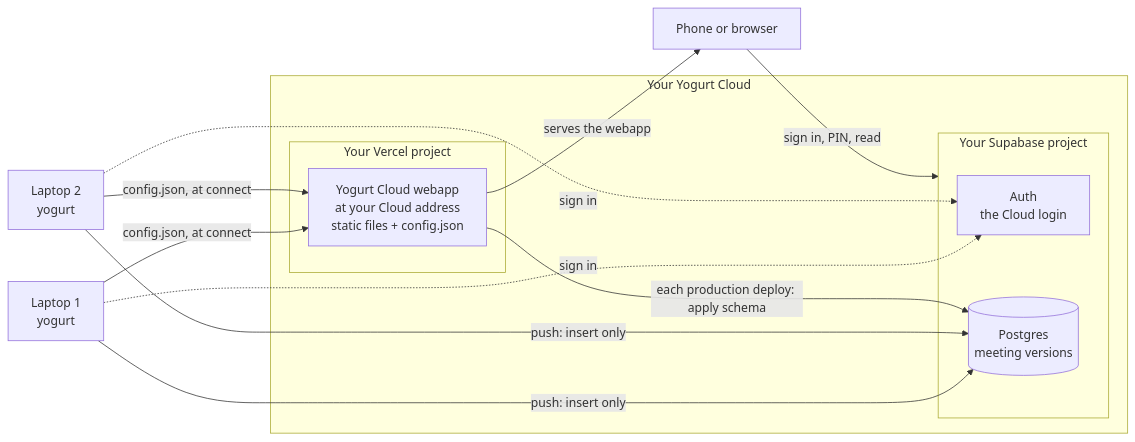
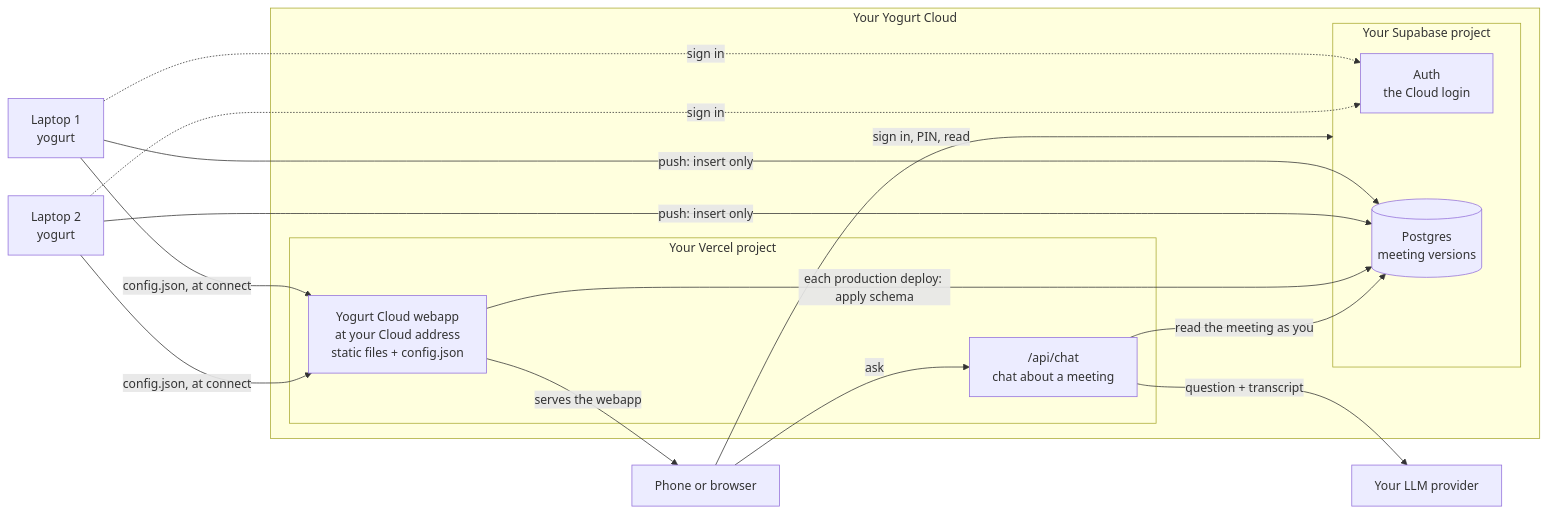
Before and after one commit to jarvisrchen/yogurt: the first of 3 diagrams in docs/CLOUD-SYNC.md, drawn with Mermaid. The commit also changed other lines of this file and 29 other files, not shown here.

First line of the commit message:
SYNC-18: Chat about one meeting in the webapp (#183)

````diff
--- a/docs/CLOUD-SYNC.md
+++ b/docs/CLOUD-SYNC.md
@@ -23,22 +24,27 @@
 ```mermaid
 flowchart LR
   L1["Laptop 1<br/>yogurt"]
   L2["Laptop 2<br/>yogurt"]
   subgraph YC["Your Yogurt Cloud"]
     subgraph VC["Your Vercel project"]
       WEB["Yogurt Cloud webapp<br/>at your Cloud address<br/>static files + config.json"]
+      CHAT["/api/chat<br/>chat about a meeting"]
     end
     subgraph SB["Your Supabase project"]
       AUTH["Auth<br/>the Cloud login"]
       DB[("Postgres<br/>meeting versions")]
     end
   end
   PH["Phone or browser"]
+  LLM["Your LLM provider"]
 
   L1 & L2 -- "push: insert only" --> DB
   L1 & L2 -. "sign in" .-> AUTH
   L1 & L2 -- "config.json, at connect" --> WEB
   WEB -- "each production deploy: apply schema" --> DB
   WEB -- "serves the webapp" --> PH
   PH -- "sign in, PIN, read" --> SB
+  PH -- "ask" --> CHAT
+  CHAT -- "read the meeting as you" --> DB
+  CHAT -- "question + transcript" --> LLM
 ```
````
